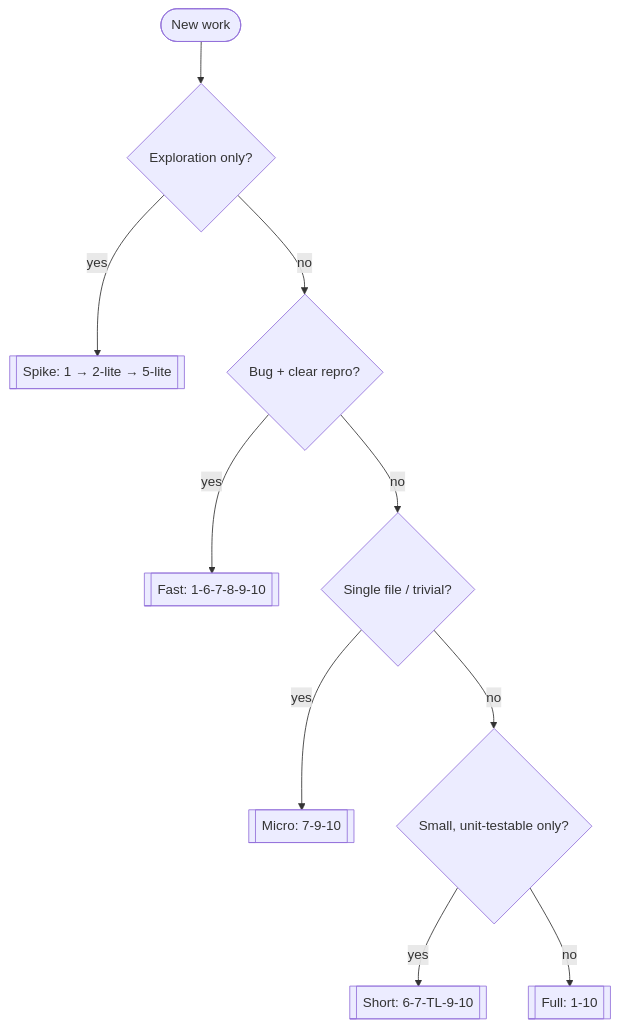
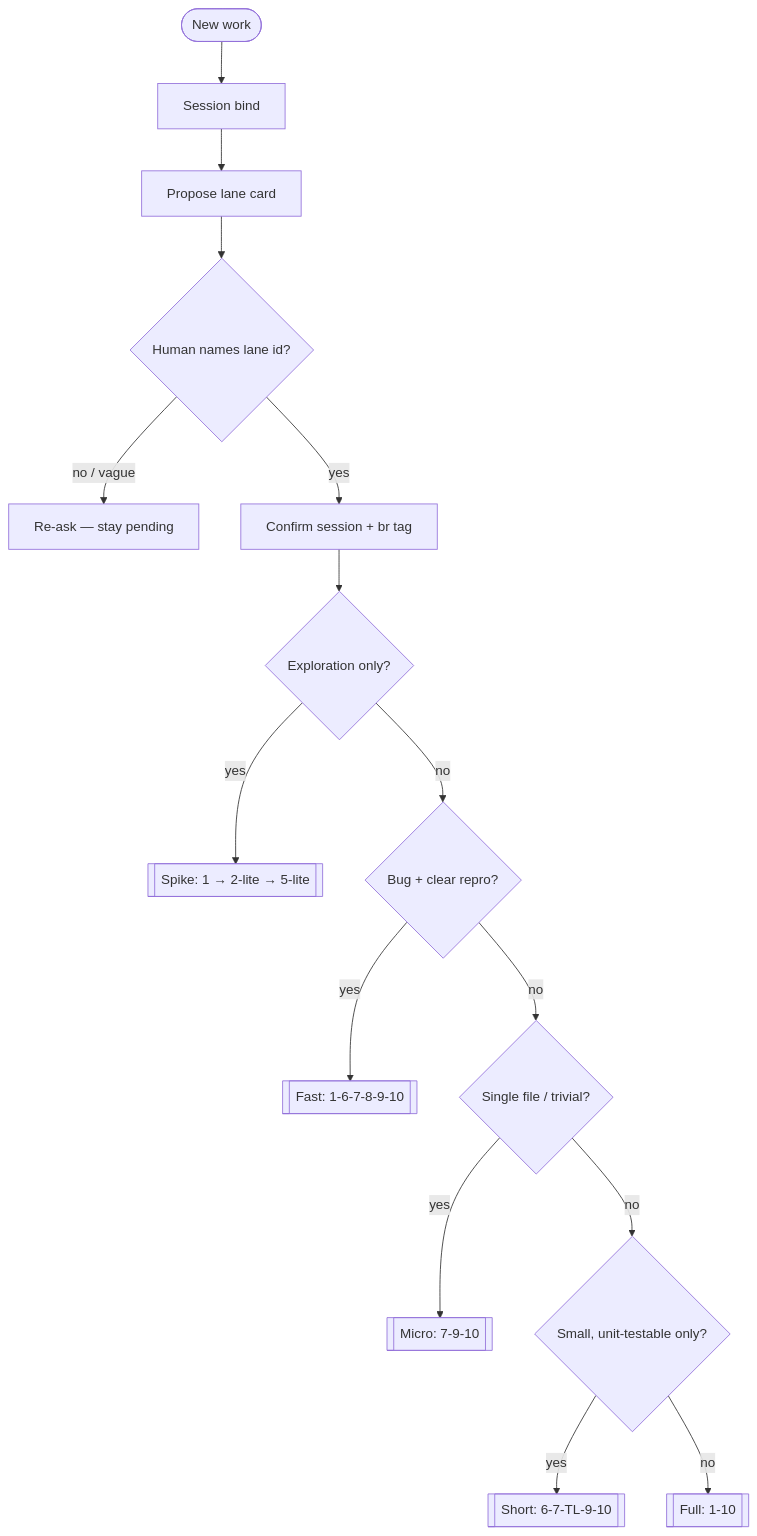
The first of 3 diagrams in .agents/skills/sdlc-orchestrator/SKILL.md (angpysha/api2skill), drawn with Mermaid before and after one commit. The commit also changed other lines of this file and 366 other files, not shown here.

````diff
--- a/.agents/skills/sdlc-orchestrator/SKILL.md
+++ b/.agents/skills/sdlc-orchestrator/SKILL.md
@@ -63,12 +135,17 @@
 ```mermaid
 flowchart TD
-  Start([New work]) --> Q0{Exploration only?}
+  Start([New work]) --> Sess[Session bind]
+  Sess --> Prop[Propose lane card]
+  Prop --> Wait{Human names lane id?}
+  Wait -- no / vague --> Reask[Re-ask — stay pending]
+  Wait -- yes --> Confirm[Confirm session + br tag]
+  Confirm --> Q0{Exploration only?}
   Q0 -- yes --> SPIKE[[Spike: 1 → 2-lite → 5-lite]]
   Q0 -- no --> Q1{Bug + clear repro?}
   Q1 -- yes --> FAST[[Fast: 1-6-7-8-9-10]]
   Q1 -- no --> Q2{Single file / trivial?}
   Q2 -- yes --> MICRO[[Micro: 7-9-10]]
   Q2 -- no --> Q3{Small, unit-testable only?}
   Q3 -- yes --> SHORT[[Short: 6-7-TL-9-10]]
   Q3 -- no --> FULL[[Full: 1-10]]
 ```
````
